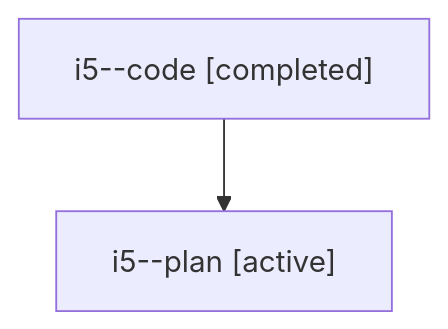
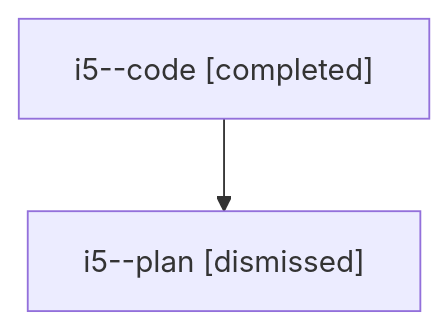
The diagram in sessions/bbugyi200.athena.i5.md (sase-org/sase--agents), drawn with Mermaid before and after one commit. The commit also changed other lines of this file and 34 other files, not shown here.

````diff
--- a/sessions/bbugyi200.athena.i5.md
+++ b/sessions/bbugyi200.athena.i5.md
@@ -9,6 +9,6 @@
 ```mermaid
 flowchart TD
   n0["i5--code [completed]"]
-  n1["i5--plan [active]"]
+  n1["i5--plan [dismissed]"]
   n0 --> n1
 ```
````
